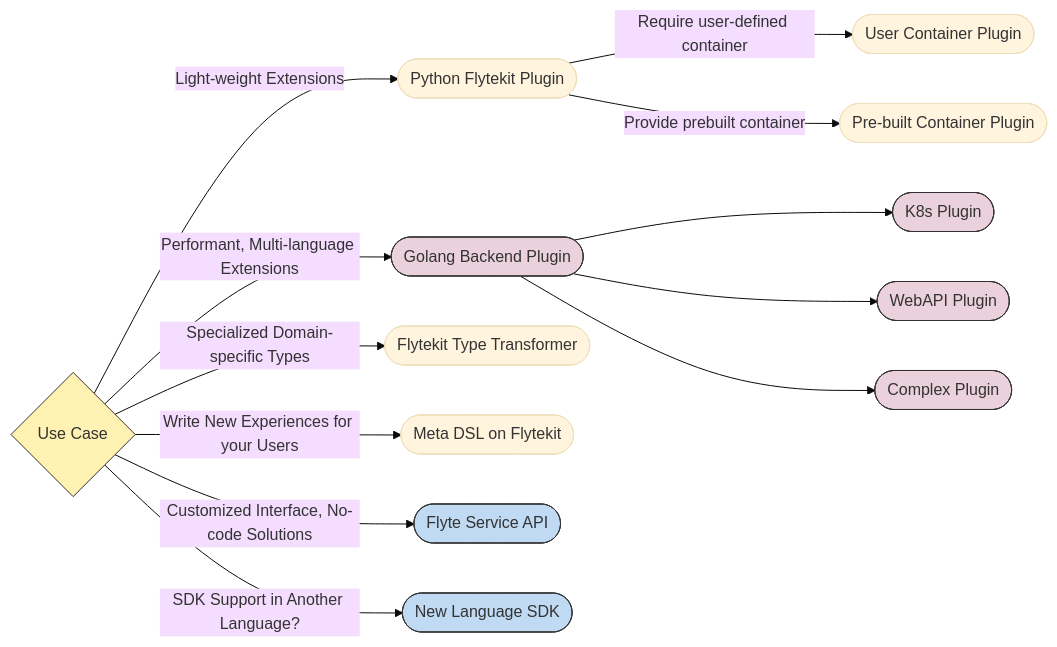
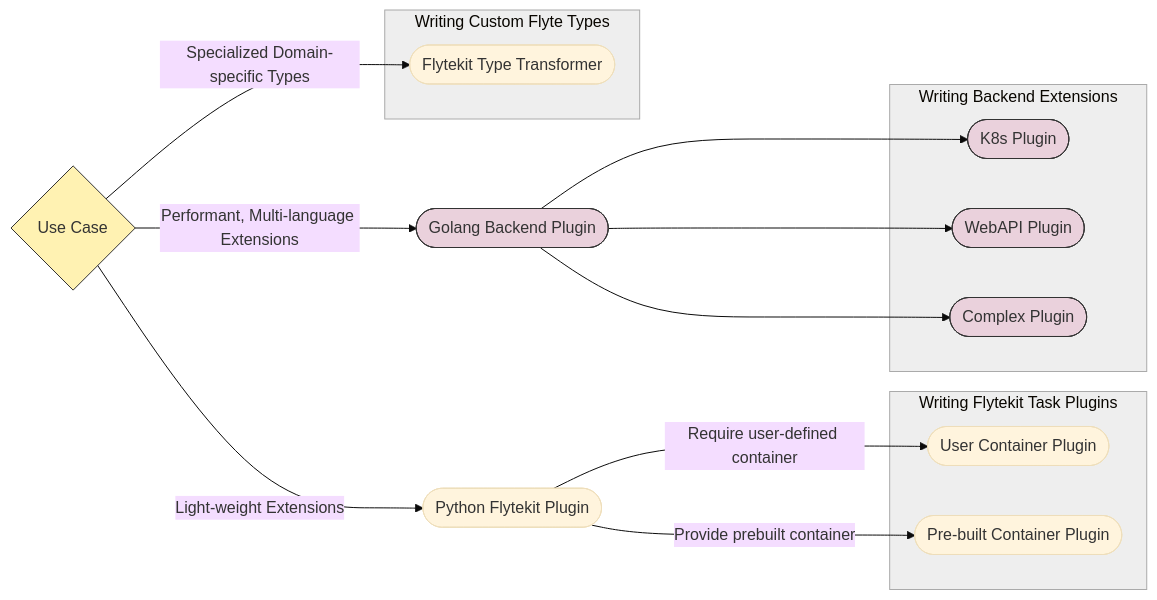
One commit to flyteorg/flytesnacks changed the diagram in cookbook/core/extend_flyte/README.rst. Above: the diagram before and after it, drawn with Mermaid (base theme). The commit also changed other lines of this file and 2 other files, not shown here.

```diff
--- a/cookbook/core/extend_flyte/README.rst
+++ b/cookbook/core/extend_flyte/README.rst
@@ -130,35 +141,40 @@
 .. mermaid::
 
     flowchart LR
         U{Use Case}
         F([Python Flytekit Plugin])
         B([Golang Backend Plugin])
         T([Flytekit Type Transformer])
-        M([Meta DSL on Flytekit])
+
+        subgraph WFTP[Writing Flytekit Task Plugins]
         UCP([User Container Plugin])
         PCP([Pre-built Container Plugin])
+        end
+
+        subgraph WBE[Writing Backend Extensions]
         K8S([K8s Plugin])
         WP([WebAPI Plugin])
         CP([Complex Plugin])
-        FSA([Flyte Service API])
-        NLS([New Language SDK])
+        end
+
+        subgraph WCFT[Writing Custom Flyte Types]
+        T([Flytekit Type Transformer])
+        end
 
         U -- Light-weight Extensions --> F
         U -- Performant, Multi-language Extensions --> B
         U -- Specialized Domain-specific Types --> T
-        U -- Customized Interface, No-code Solutions --> FSA
-        U -- SDK Support in Another Language? --> NLS
-        U -- Write New Experiences for your Users --> M
         F -- Require user-defined container --> UCP
         F -- Provide prebuilt container --> PCP
         B --> K8S
         B --> WP
         B --> CP
 
+        style WCFT fill:#eee,stroke:#aaa
+        style WFTP fill:#eee,stroke:#aaa
+        style WBE fill:#eee,stroke:#aaa
         style U fill:#fff2b2,stroke:#333
         style B fill:#EAD1DC,stroke:#333
         style K8S fill:#EAD1DC,stroke:#333
         style WP fill:#EAD1DC,stroke:#333
         style CP fill:#EAD1DC,stroke:#333
-        style FSA fill:#bfdaf2,stroke:#333
-        style NLS fill:#bfdaf2,stroke:#333
```
